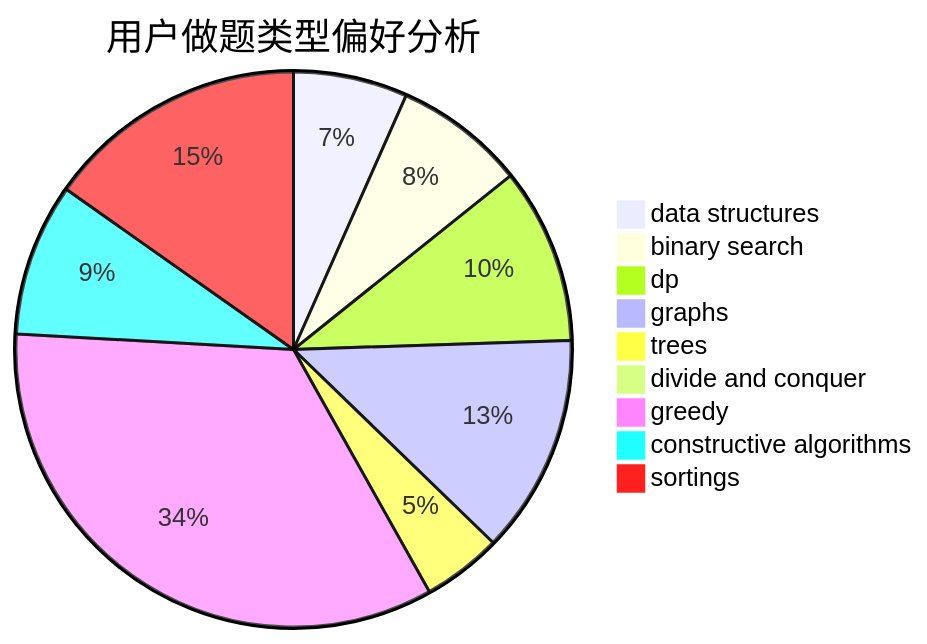
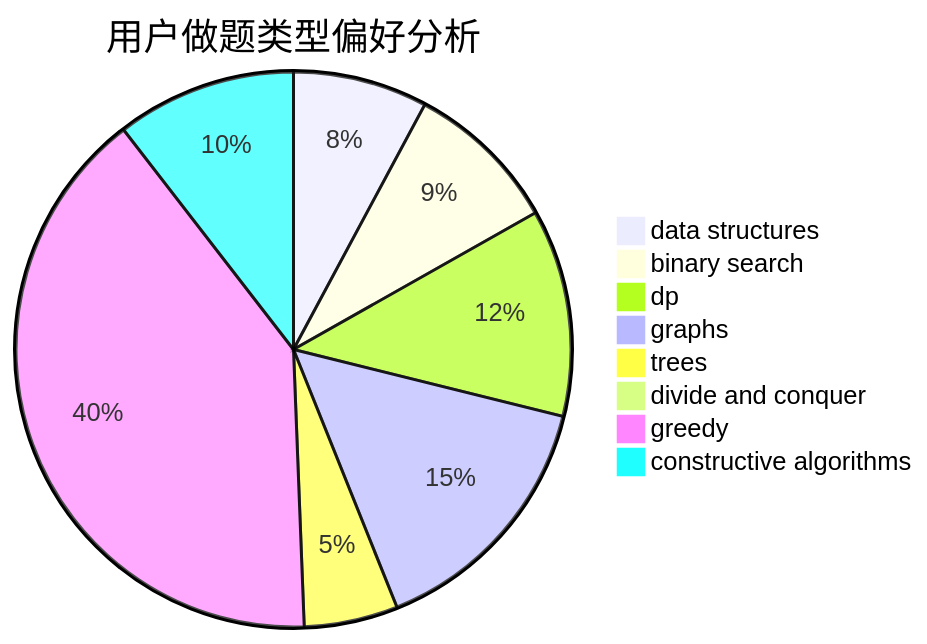
The second of 3 diagrams in docs/user/u2168.md (sherpahu/cfrs.github.io), drawn with Mermaid before and after one commit. The commit also changed other lines of this file and 2769 other files, not shown here.

````diff
--- a/docs/user/u2168.md
+++ b/docs/user/u2168.md
@@ -18,12 +18,11 @@
 ```mermaid
 pie title 用户做题类型偏好分析
     "data structures" :  89
     "binary search" :  102
     "dp" :  137
     "graphs" :  171
     "trees" :  62
     "divide and conquer" :  10
     "greedy" :  456
     "constructive algorithms" :  119
-    "sortings" :  204
 ```
````
